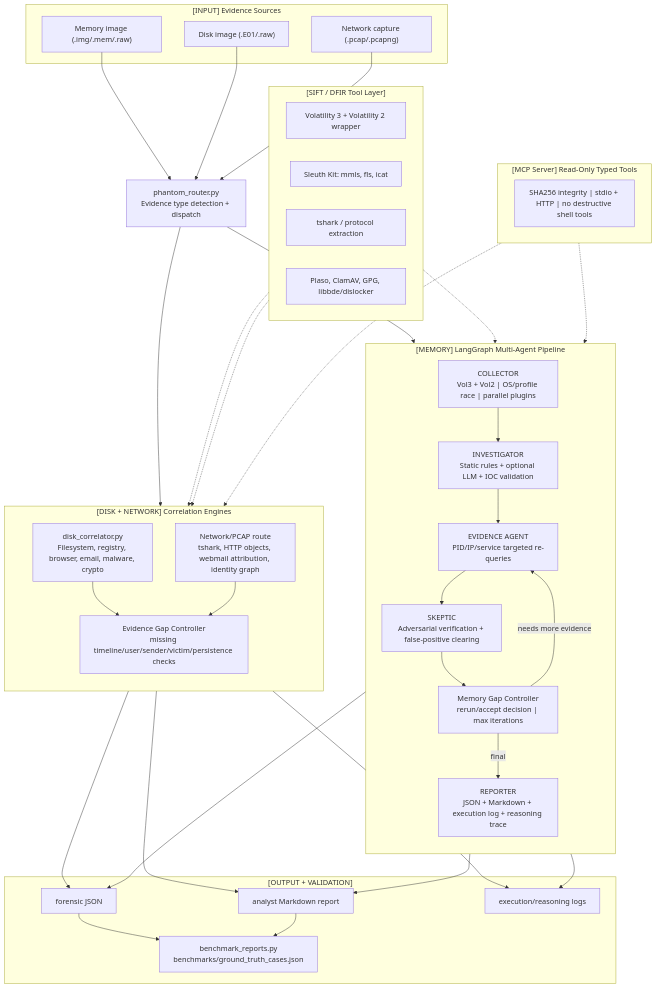
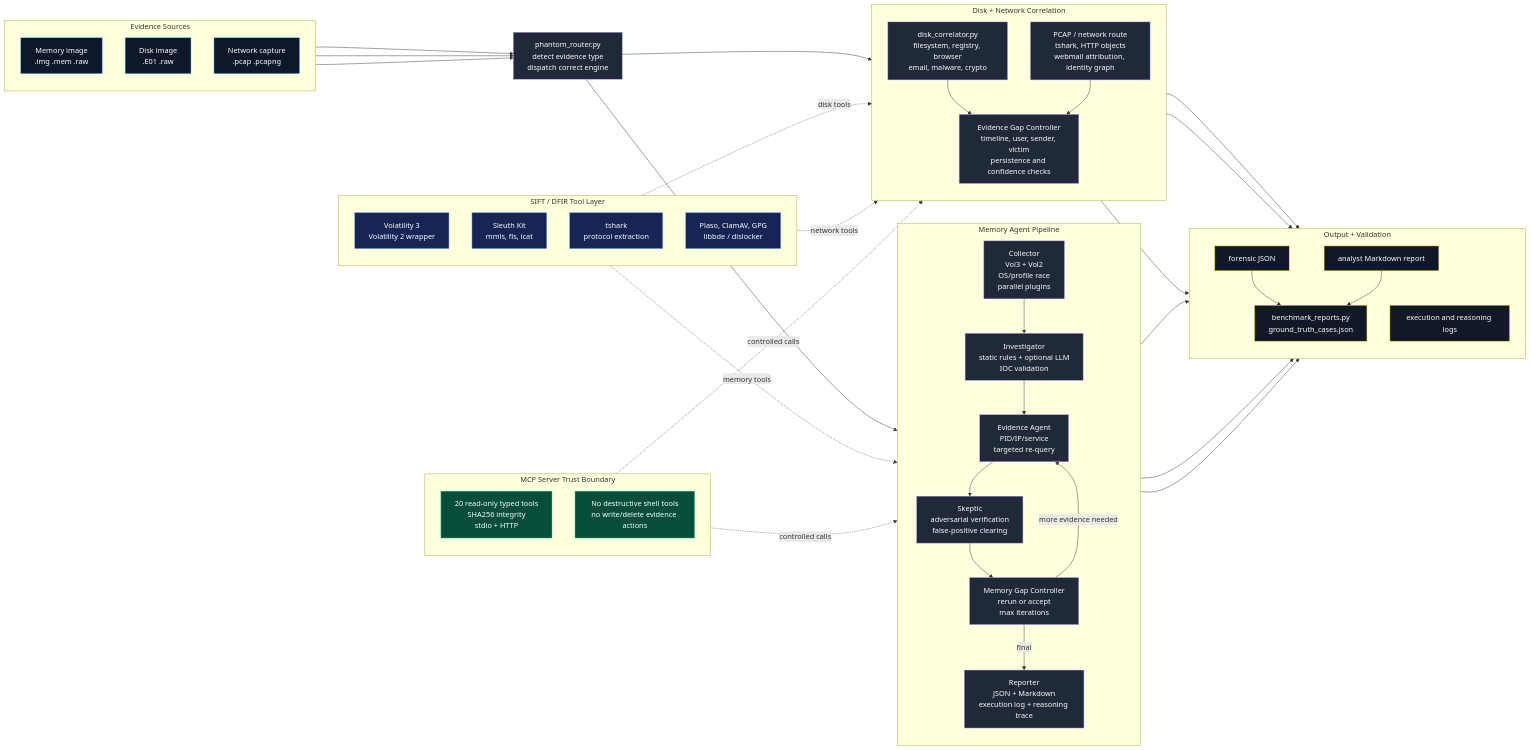
Before and after one commit to romilp619/Phantom-DFIR: the diagram in README.md, drawn with Mermaid. The commit also changed other lines of this file, not shown here.

Commit message:
Improve README architecture diagram

````diff
--- a/README.md
+++ b/README.md
@@ -634,71 +634,89 @@
 ```mermaid
-flowchart TB
-    subgraph INPUT["[INPUT] Evidence Sources"]
-        MEM["Memory image (.img/.mem/.raw)"]
-        DISK["Disk image (.E01/.raw)"]
-        PCAP["Network capture (.pcap/.pcapng)"]
+flowchart LR
+    classDef input fill:#0f172a,stroke:#38bdf8,color:#ffffff,stroke-width:1px;
+    classDef engine fill:#1f2937,stroke:#a78bfa,color:#ffffff,stroke-width:1px;
+    classDef tool fill:#172554,stroke:#60a5fa,color:#ffffff,stroke-width:1px;
+    classDef guard fill:#064e3b,stroke:#34d399,color:#ffffff,stroke-width:1px;
+    classDef output fill:#111827,stroke:#facc15,color:#ffffff,stroke-width:1px;
+
+    subgraph INPUT["Evidence Sources"]
+        direction TB
+        MEM["Memory image<br/>.img .mem .raw"]
+        DISK["Disk image<br/>.E01 .raw"]
+        PCAP["Network capture<br/>.pcap .pcapng"]
     end
 
-    ROUTER["phantom_router.py<br/>Evidence type detection + dispatch"]
+    ROUTER["phantom_router.py<br/>detect evidence type<br/>dispatch correct engine"]
 
-    subgraph MEMORY["[MEMORY] LangGraph Multi-Agent Pipeline"]
+    subgraph MEMORY["Memory Agent Pipeline"]
         direction TB
-        COL["COLLECTOR<br/>Vol3 + Vol2 | OS/profile race | parallel plugins"]
-        INV["INVESTIGATOR<br/>Static rules + optional LLM + IOC validation"]
-        EVD["EVIDENCE AGENT<br/>PID/IP/service targeted re-queries"]
-        SKP["SKEPTIC<br/>Adversarial verification + false-positive clearing"]
-        MGC["Memory Gap Controller<br/>rerun/accept decision | max iterations"]
-        MRPT["REPORTER<br/>JSON + Markdown + execution log + reasoning trace"]
-        COL --> INV --> EVD --> SKP --> MGC
-        MGC -->|needs more evidence| EVD
-        MGC -->|final| MRPT
+        MCOL["Collector<br/>Vol3 + Vol2<br/>OS/profile race<br/>parallel plugins"]
+        MINV["Investigator<br/>static rules + optional LLM<br/>IOC validation"]
+        MEVD["Evidence Agent<br/>PID/IP/service<br/>targeted re-query"]
+        MSKP["Skeptic<br/>adversarial verification<br/>false-positive clearing"]
+        MMGC["Memory Gap Controller<br/>rerun or accept<br/>max iterations"]
+        MRPT["Reporter<br/>JSON + Markdown<br/>execution log + reasoning trace"]
+        MCOL --> MINV --> MEVD --> MSKP --> MMGC
+        MMGC -->|more evidence needed| MEVD
+        MMGC -->|final| MRPT
     end
 
-    subgraph DISKNET["[DISK + NETWORK] Correlation Engines"]
+    subgraph CORR["Disk + Network Correlation"]
         direction TB
-        DC["disk_correlator.py<br/>Filesystem, registry, browser, email, malware, crypto"]
-        NC["Network/PCAP route<br/>tshark, HTTP objects, webmail attribution, identity graph"]
-        EGC["Evidence Gap Controller<br/>missing timeline/user/sender/victim/persistence checks"]
-        DC --> EGC
-        NC --> EGC
+        DENG["disk_correlator.py<br/>filesystem, registry, browser<br/>email, malware, crypto"]
+        NENG["PCAP / network route<br/>tshark, HTTP objects<br/>webmail attribution, identity graph"]
+        GAPS["Evidence Gap Controller<br/>timeline, user, sender, victim<br/>persistence and confidence checks"]
+        DENG --> GAPS
+        NENG --> GAPS
     end
 
-    subgraph SIFT["[SIFT / DFIR Tool Layer]"]
-        VOL["Volatility 3 + Volatility 2 wrapper"]
-        TSK["Sleuth Kit: mmls, fls, icat"]
-        NET["tshark / protocol extraction"]
-        AUX["Plaso, ClamAV, GPG, libbde/dislocker"]
+    subgraph TOOLS["SIFT / DFIR Tool Layer"]
+        direction TB
+        VOL["Volatility 3<br/>Volatility 2 wrapper"]
+        TSK["Sleuth Kit<br/>mmls, fls, icat"]
+        TSHARK["tshark<br/>protocol extraction"]
+        AUX["Plaso, ClamAV, GPG<br/>libbde / dislocker"]
     end
 
-    subgraph MCP["[MCP Server] Read-Only Typed Tools"]
-        MCPTOOLS["SHA256 integrity | stdio + HTTP | no destructive shell tools"]
+    subgraph MCP["MCP Server Trust Boundary"]
+        direction TB
+        MT["20 read-only typed tools<br/>SHA256 integrity<br/>stdio + HTTP"]
+        NO["No destructive shell tools<br/>no write/delete evidence actions"]
     end
 
-    subgraph OUTPUT["[OUTPUT + VALIDATION]"]
+    subgraph OUTPUT["Output + Validation"]
+        direction TB
         JSON["forensic JSON"]
         MD["analyst Markdown report"]
-        XLOG["execution/reasoning logs"]
-        BENCH["benchmark_reports.py<br/>benchmarks/ground_truth_cases.json"]
+        LOGS["execution and reasoning logs"]
+        BENCH["benchmark_reports.py<br/>ground_truth_cases.json"]
+        JSON --> BENCH
+        MD --> BENCH
     end
 
     MEM --> ROUTER
     DISK --> ROUTER
     PCAP --> ROUTER
+
     ROUTER --> MEMORY
-    ROUTER --> DISKNET
+    ROUTER --> CORR
 
-    SIFT -.-> COL
-    SIFT -.-> DC
-    SIFT -.-> NC
-    MCP -.-> MEMORY
-    MCP -.-> DISKNET
+    TOOLS -.->|memory tools| MCOL
+    TOOLS -.->|disk tools| DENG
+    TOOLS -.->|network tools| NENG
+    MCP -.->|controlled calls| MCOL
+    MCP -.->|controlled calls| GAPS
 
     MRPT --> JSON
     MRPT --> MD
-    MRPT --> XLOG
-    EGC --> JSON
-    EGC --> MD
-    EGC --> XLOG
-    JSON --> BENCH
-    MD --> BENCH
+    MRPT --> LOGS
+    GAPS --> JSON
+    GAPS --> MD
+    GAPS --> LOGS
+
+    class MEM,DISK,PCAP input;
+    class ROUTER,MCOL,MINV,MEVD,MSKP,MMGC,MRPT,DENG,NENG,GAPS engine;
+    class VOL,TSK,TSHARK,AUX tool;
+    class MT,NO guard;
+    class JSON,MD,LOGS,BENCH output;
 ```
````
